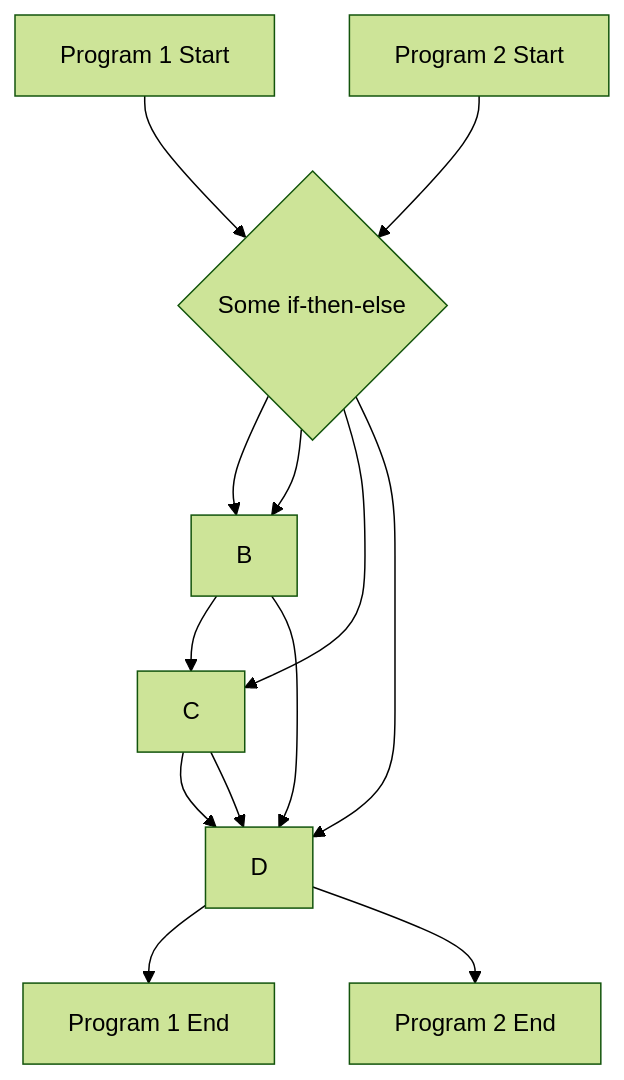
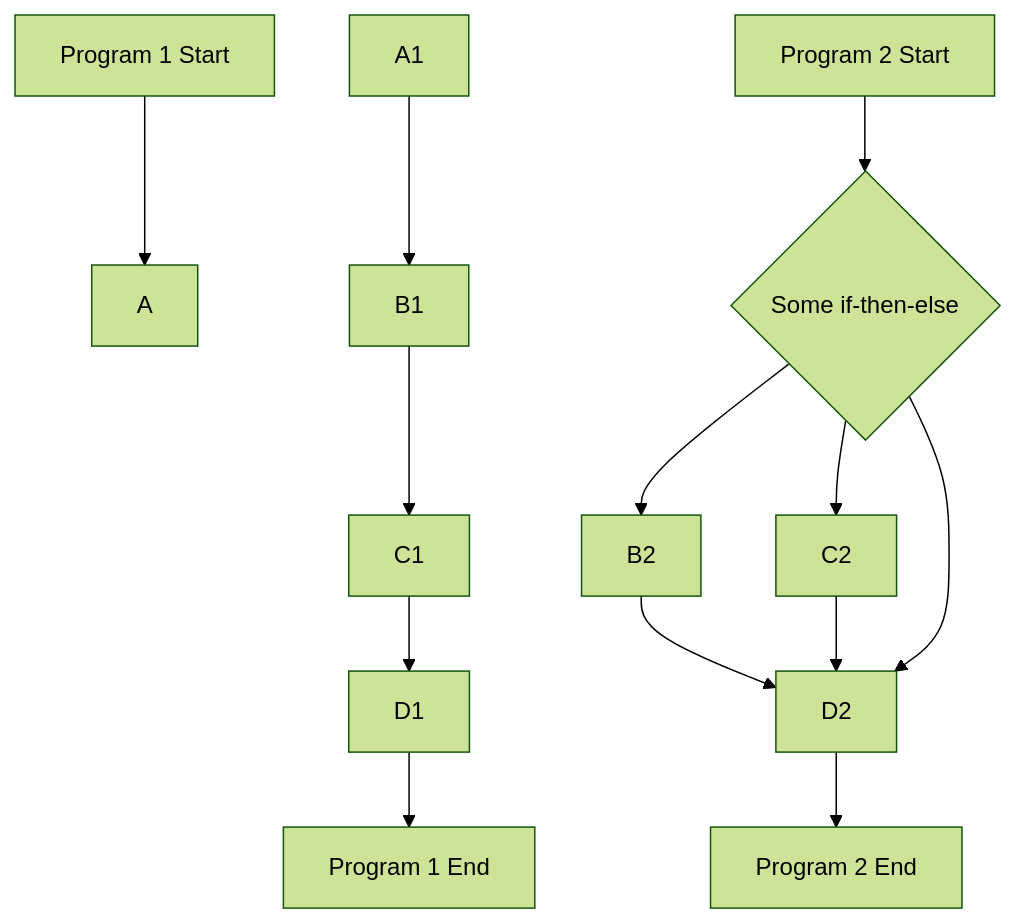
One commit to leonmartin/c-sharp-course changed the diagram in Milestone01/instructions.md. Above: the diagram before and after it, drawn with Mermaid (forest theme).

Commit message:
quicksave

````diff
--- a/Milestone01/instructions.md
+++ b/Milestone01/instructions.md
@@ -41,16 +41,16 @@
 ```mermaid
     flowchart TD;
         X1[Program 1 Start] --> A;
-        A --> B;
-        B --> C;
-        C --> D;
-        D --> Y1[Program 1 End];
+        A1 --> B1;
+        B1 --> C1;
+        C1 --> D1;
+        D1 --> Y1[Program 1 End];
 
-        X2[Program 2 Start] --> A;
-        A{Some if-then-else} --> B;
-        A{Some if-then-else} --> C;
-        B --> D;
-        C --> D;
-        A --> D;
-        D --> Y2[Program 2 End];
+        X2[Program 2 Start] --> A2;
+        A2{Some if-then-else} --> B2;
+        A2{Some if-then-else} --> C2;
+        B2 --> D2;
+        C2 --> D2;
+        A2 --> D2;
+        D2 --> Y2[Program 2 End];
 ```
````
